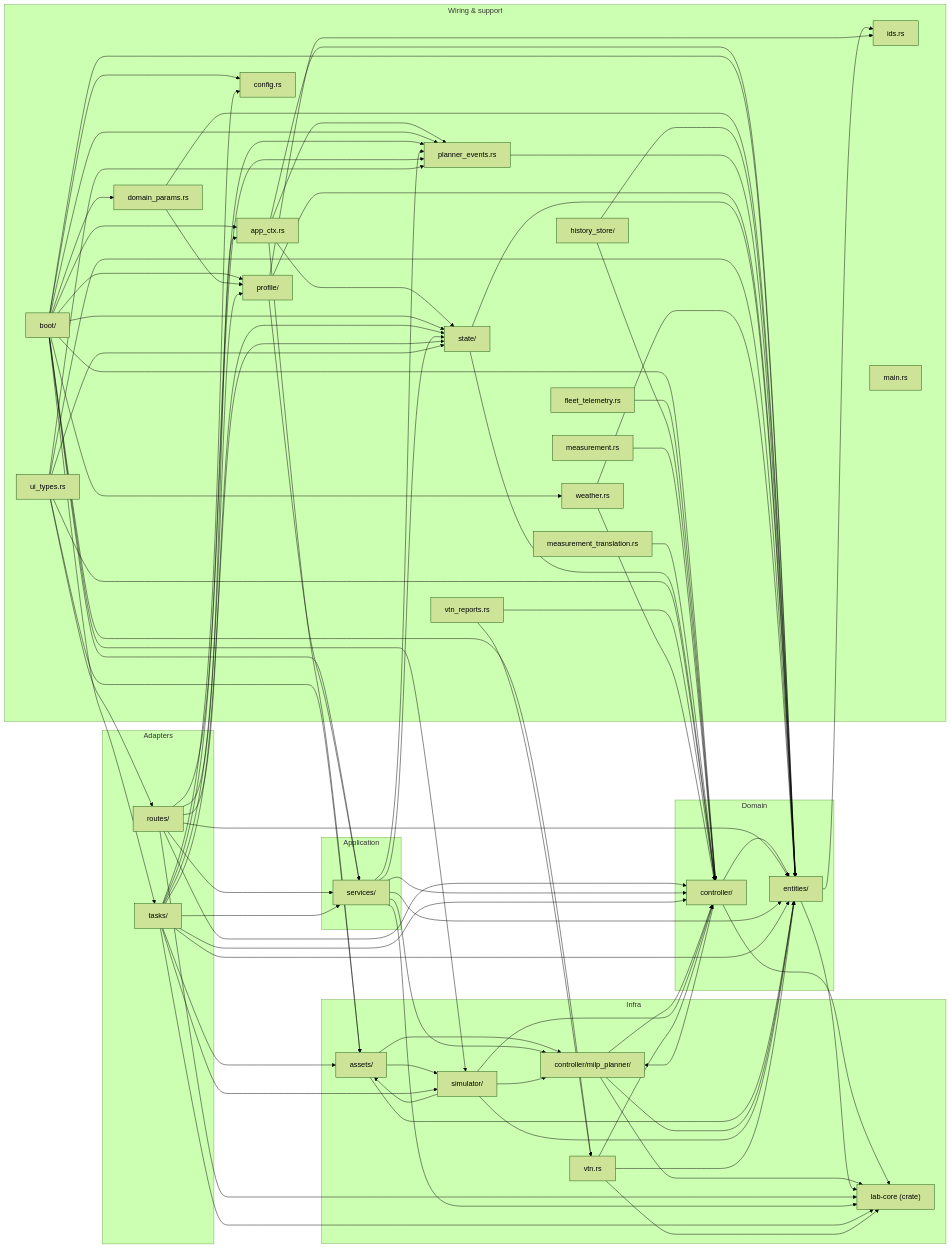
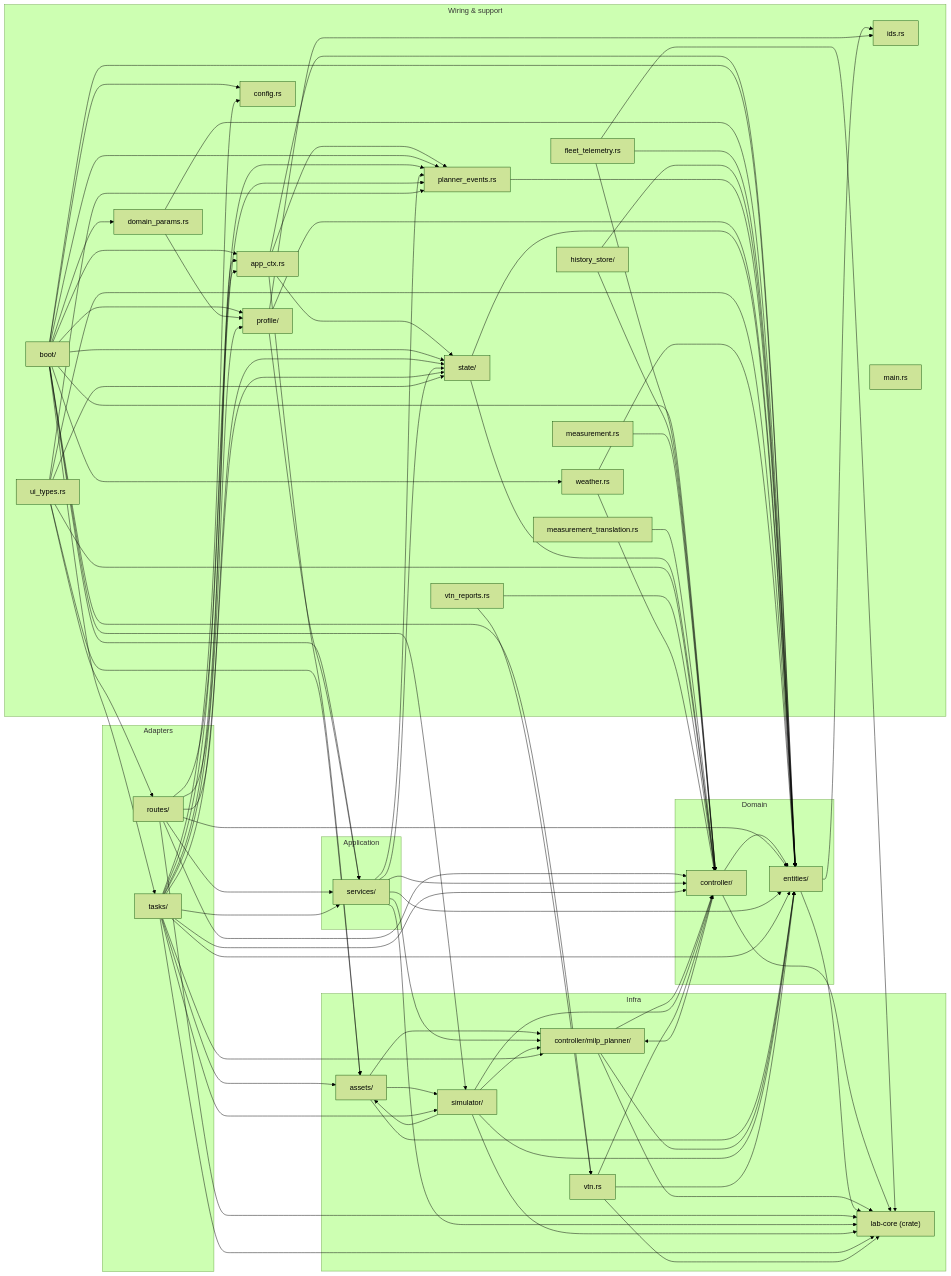
Before and after one commit to TinkerPhu/OpenAdr-Lab: the second of 2 diagrams in docs/architecture/module_dependency_graph.md, drawn with Mermaid (forest theme). The commit also changed 164 other files, not shown here.

```diff
--- a/docs/architecture/module_dependency_graph.md
+++ b/docs/architecture/module_dependency_graph.md
@@ -252,6 +252,8 @@
   M_entities --> M_ids
   M_entities --> M_lab_core
   M_fleet_telemetry --> M_controller
+  M_fleet_telemetry --> M_entities
+  M_fleet_telemetry --> M_lab_core
   M_history_store --> M_controller
   M_history_store --> M_entities
   M_measurement --> M_controller
@@ -277,11 +279,14 @@
   M_simulator --> M_controller
   M_simulator --> M_controller_milp_planner
   M_simulator --> M_entities
+  M_simulator --> M_lab_core
   M_state --> M_controller
   M_state --> M_entities
+  M_tasks --> M_app_ctx
   M_tasks --> M_assets
   M_tasks --> M_config
   M_tasks --> M_controller
+  M_tasks --> M_controller_milp_planner
   M_tasks --> M_entities
   M_tasks --> M_lab_core
   M_tasks --> M_planner_events
```
